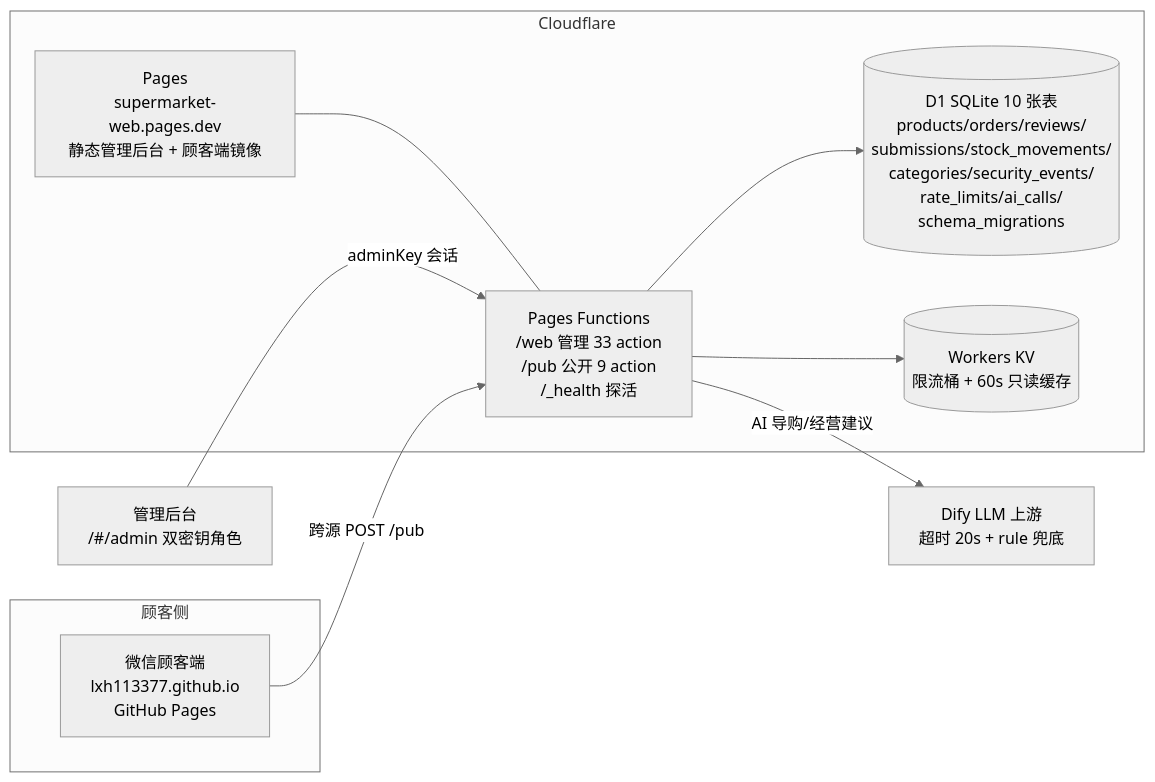
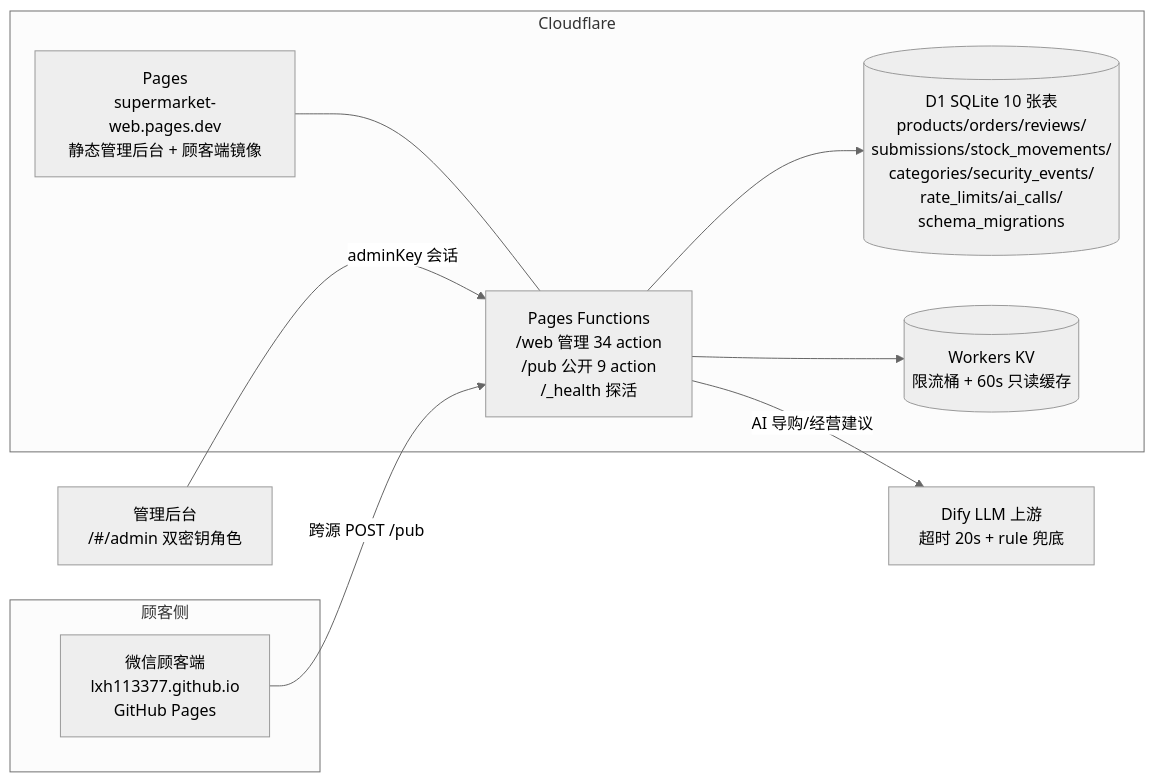
One commit to lxh113377/supermarket-web changed the diagram in docs/ARCHITECTURE.md. Above: the diagram before and after it, drawn with Mermaid (neutral theme). The commit also changed 15 other files, not shown here.

Commit message:
feat(promo): M-58-3促销档位只读视图——getPromotions端点+管理端内联条带（契约34/响应46/峰值2实测入册）

````diff
--- a/docs/ARCHITECTURE.md
+++ b/docs/ARCHITECTURE.md
@@ -9,18 +9,18 @@
 ```mermaid
 flowchart LR
   subgraph 顾客侧
     C1[微信顾客端<br/>lxh113377.github.io<br/>GitHub Pages]
   end
   subgraph Cloudflare
     P[Pages<br/>supermarket-web.pages.dev<br/>静态管理后台 + 顾客端镜像]
-    F[Pages Functions<br/>/web 管理 33 action<br/>/pub 公开 9 action<br/>/_health 探活]
+    F[Pages Functions<br/>/web 管理 34 action<br/>/pub 公开 9 action<br/>/_health 探活]
     D[(D1 SQLite 10 张表<br/>products/orders/reviews/<br/>submissions/stock_movements/<br/>categories/security_events/<br/>rate_limits/ai_calls/<br/>schema_migrations)]
     KV[(Workers KV<br/>限流桶 + 60s 只读缓存)]
   end
   A[管理后台<br/>/#/admin 双密钥角色] -->|adminKey 会话| F
   C1 -->|跨源 POST /pub| F
   P --- F
   F --> D
   F --> KV
   F -->|AI 导购/经营建议| dify[Dify LLM 上游<br/>超时 20s + rule 兜底]
 ```
````
